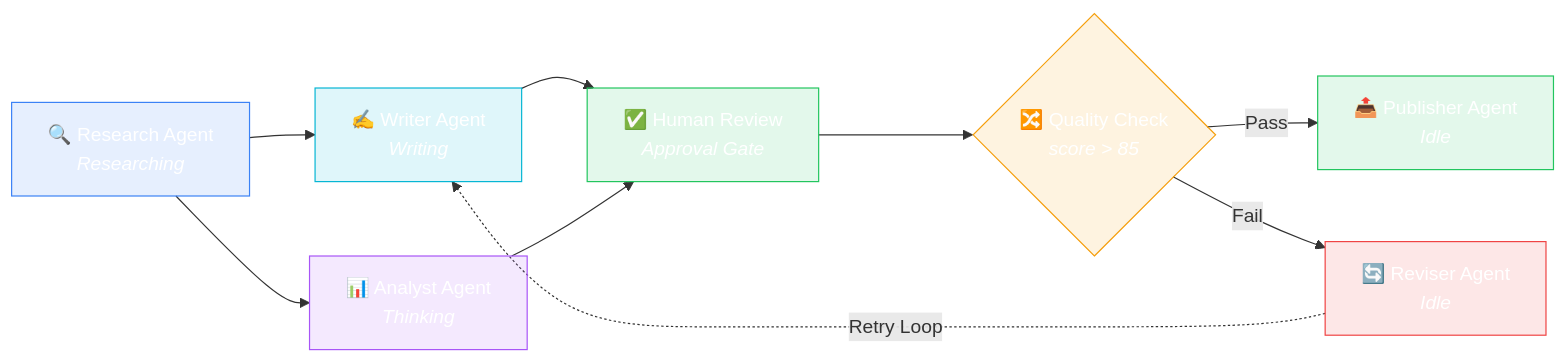
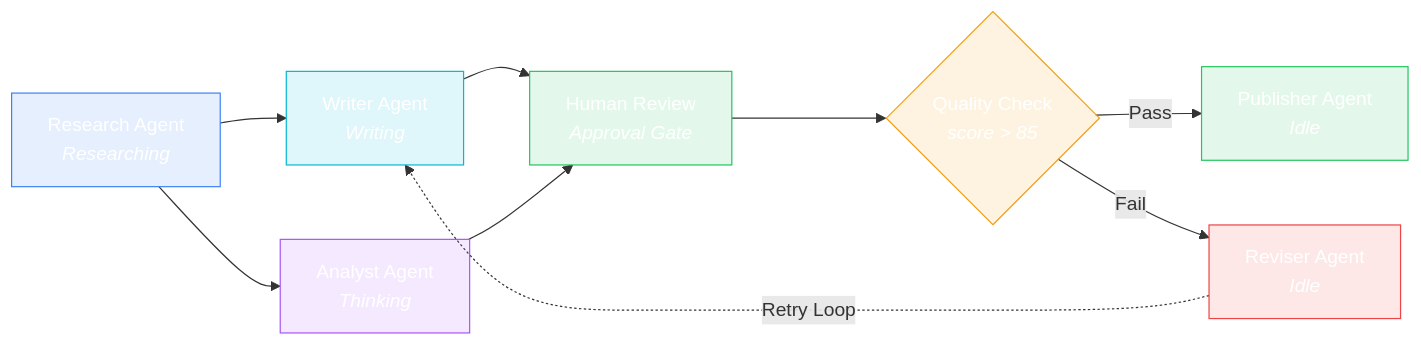
One commit to CEO-H-S-N/SynapseFlow changed the fourth of 6 diagrams in README.md. Above: the diagram before and after it, drawn with Mermaid. The commit also changed other lines of this file, not shown here.

````diff
--- a/README.md
+++ b/README.md
@@ -164,19 +164,19 @@
 ```mermaid
 flowchart LR
-    R["🔍 Research Agent<br/><i>Researching</i>"] --> W["✍️ Writer Agent<br/><i>Writing</i>"]
-    R --> A["📊 Analyst Agent<br/><i>Thinking</i>"]
-    W --> H["✅ Human Review<br/><i>Approval Gate</i>"]
+    R["Research Agent<br/><i>Researching</i>"] --> W["Writer Agent<br/><i>Writing</i>"]
+    R --> A["Analyst Agent<br/><i>Thinking</i>"]
+    W --> H["Human Review<br/><i>Approval Gate</i>"]
     A --> H
-    H --> Q{"🔀 Quality Check<br/><i>score > 85</i>"}
-    Q -->|Pass| P["📤 Publisher Agent<br/><i>Idle</i>"]
-    Q -->|Fail| Rev["🔄 Reviser Agent<br/><i>Idle</i>"]
+    H --> Q{"Quality Check<br/><i>score > 85</i>"}
+    Q -->|Pass| P["Publisher Agent<br/><i>Idle</i>"]
+    Q -->|Fail| Rev["Reviser Agent<br/><i>Idle</i>"]
     Rev -.->|"Retry Loop"| W
 
     style R fill:#3b82f620,stroke:#3b82f6,color:#fff
     style W fill:#06b6d420,stroke:#06b6d4,color:#fff
     style A fill:#a855f720,stroke:#a855f7,color:#fff
     style H fill:#22c55e20,stroke:#22c55e,color:#fff
     style Q fill:#f59e0b20,stroke:#f59e0b,color:#fff
     style P fill:#22c55e20,stroke:#22c55e,color:#fff
     style Rev fill:#ef444420,stroke:#ef4444,color:#fff
 ```
````
